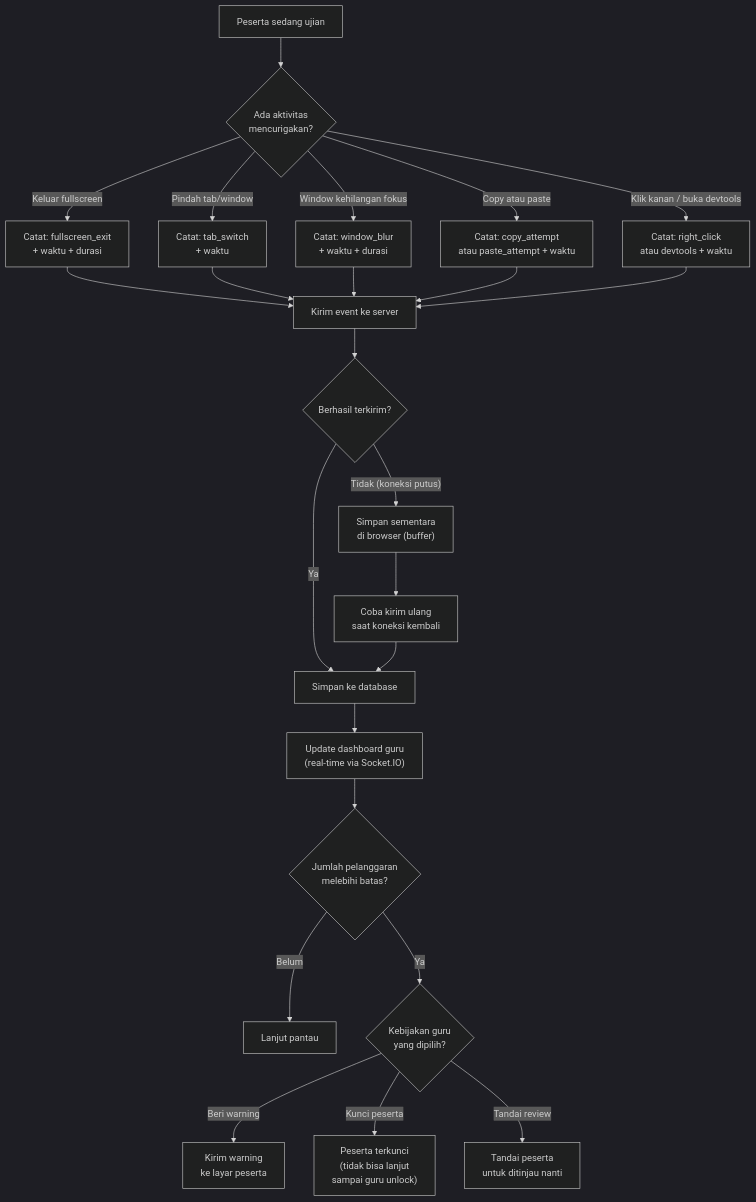
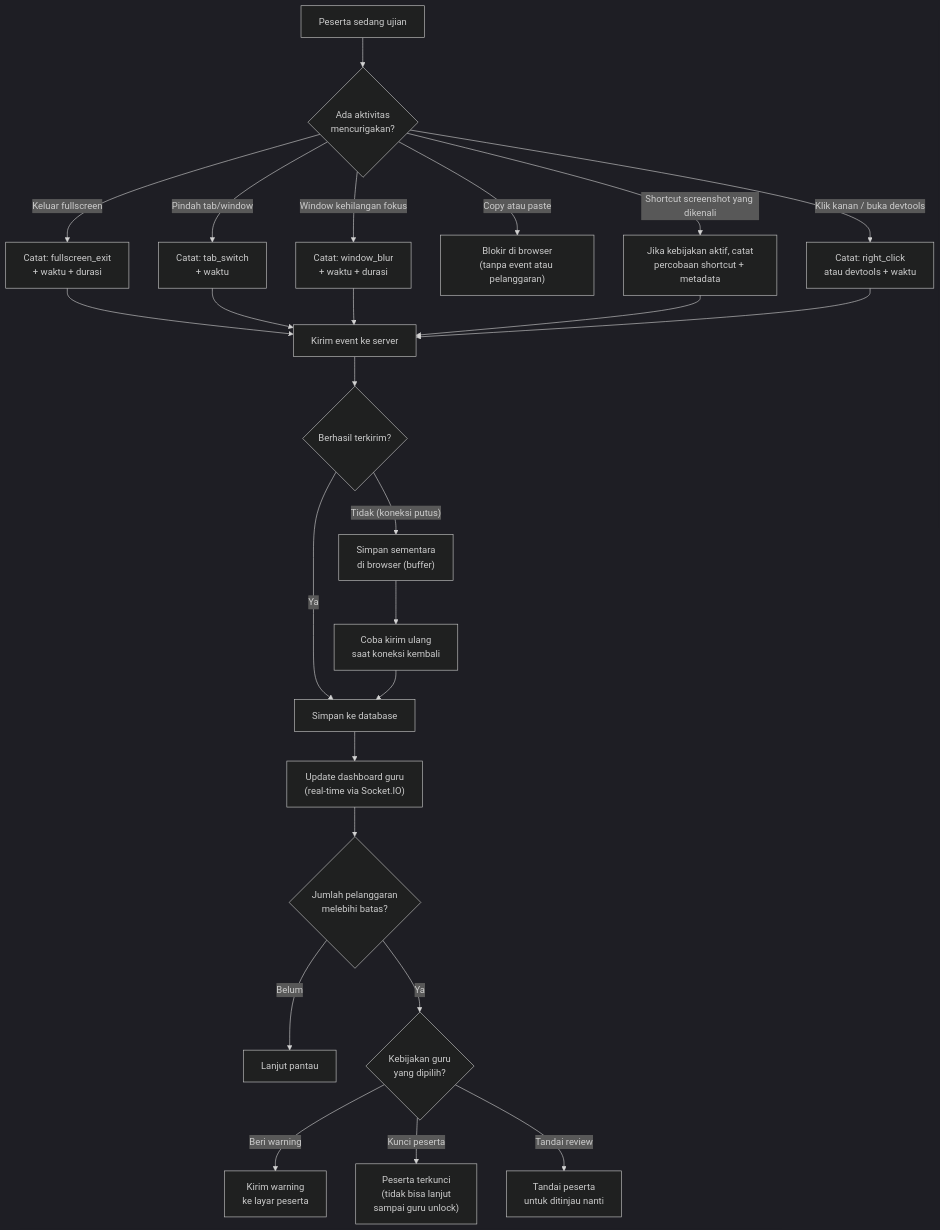
One commit to amdqeis/LockIt changed the ninth of 11 diagrams in docs/USER_FLOWS.md. Above: the diagram before and after it, drawn with Mermaid (dark theme). The commit also changed other lines of this file and 110 other files, not shown here.

````diff
--- a/docs/USER_FLOWS.md
+++ b/docs/USER_FLOWS.md
@@ -298,26 +302,27 @@
 ```mermaid
 flowchart TD
     A["Peserta sedang ujian"] --> B{"Ada aktivitas\nmencurigakan?"}
     B -->|"Keluar fullscreen"| C["Catat: fullscreen_exit\n+ waktu + durasi"]
     B -->|"Pindah tab/window"| D["Catat: tab_switch\n+ waktu"]
     B -->|"Window kehilangan fokus"| E["Catat: window_blur\n+ waktu + durasi"]
-    B -->|"Copy atau paste"| F["Catat: copy_attempt\natau paste_attempt + waktu"]
+    B -->|"Copy atau paste"| F["Blokir di browser\n(tanpa event atau pelanggaran)"]
+    B -->|"Shortcut screenshot yang dikenali"| F2["Jika kebijakan aktif, catat\npercobaan shortcut + metadata"]
     B -->|"Klik kanan / buka devtools"| G["Catat: right_click\natau devtools + waktu"]
     C --> H["Kirim event ke server"]
     D --> H
     E --> H
-    F --> H
+    F2 --> H
     G --> H
     H --> I{"Berhasil terkirim?"}
     I -->|"Ya"| J["Simpan ke database"]
     I -->|"Tidak (koneksi putus)"| K["Simpan sementara\ndi browser (buffer)"]
     K --> L["Coba kirim ulang\nsaat koneksi kembali"]
     L --> J
     J --> M["Update dashboard guru\n(real-time via Socket.IO)"]
     M --> N{"Jumlah pelanggaran\nmelebihi batas?"}
     N -->|"Belum"| O["Lanjut pantau"]
     N -->|"Ya"| P{"Kebijakan guru\nyang dipilih?"}
     P -->|"Beri warning"| Q["Kirim warning\nke layar peserta"]
     P -->|"Kunci peserta"| R["Peserta terkunci\n(tidak bisa lanjut\nsampai guru unlock)"]
     P -->|"Tandai review"| S["Tandai peserta\nuntuk ditinjau nanti"]
 ```
````
